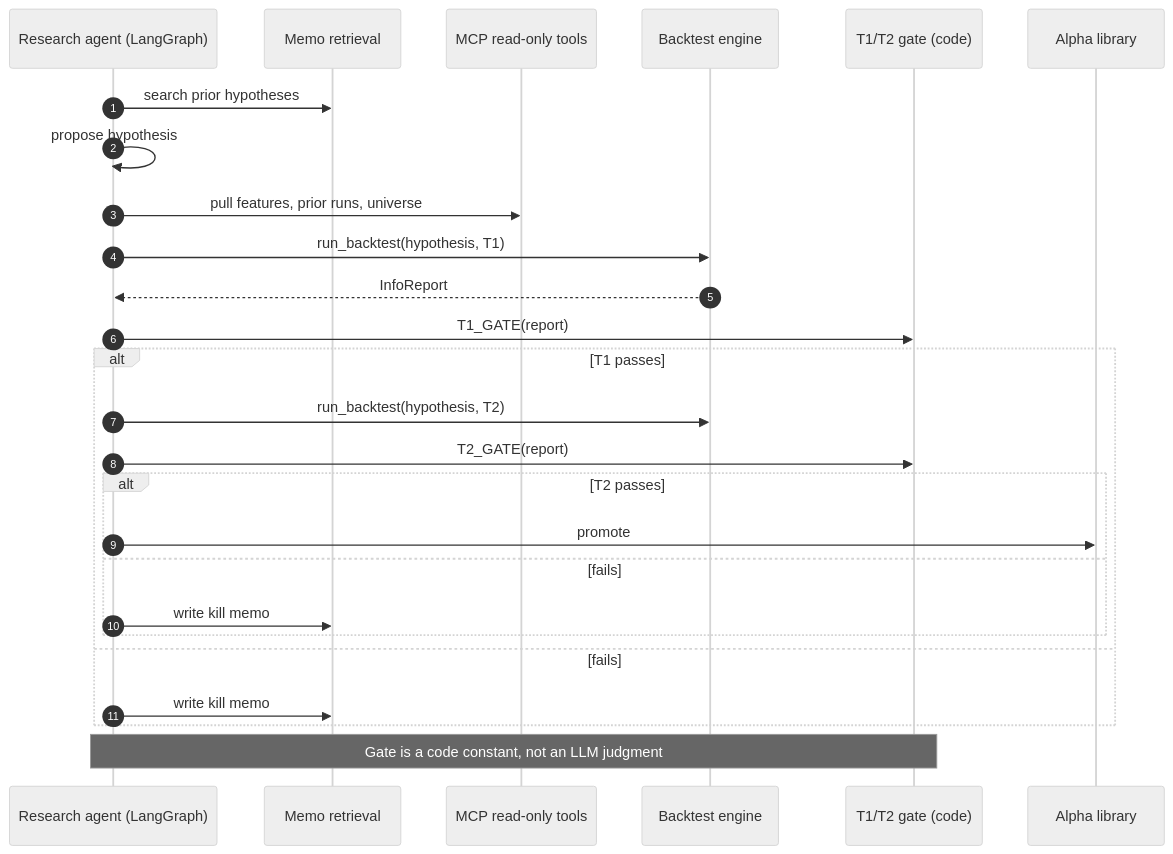
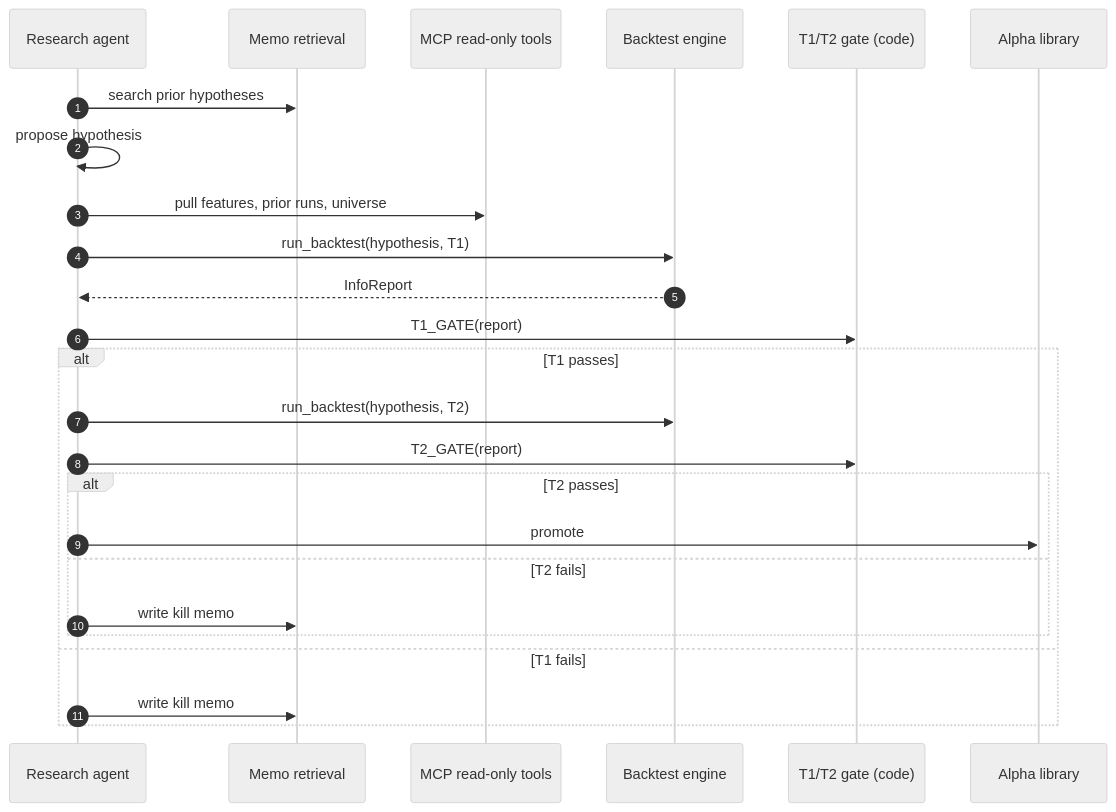
The sixth of 6 diagrams in docs/ARCHITECTURE.md (investlink-ai/auto-research), drawn with Mermaid (neutral theme) before and after one commit. The commit also changed other lines of this file, not shown here.

````diff
--- a/docs/ARCHITECTURE.md
+++ b/docs/ARCHITECTURE.md
@@ -269,29 +273,28 @@
 ```mermaid
 sequenceDiagram
     autonumber
-    participant Agent as Research agent (LangGraph)
+    participant Agent as Research agent
     participant Memos as Memo retrieval
     participant MCP as MCP read-only tools
     participant Engine as Backtest engine
     participant Gate as T1/T2 gate (code)
     participant Library as Alpha library
 
     Agent->>Memos: search prior hypotheses
     Agent->>Agent: propose hypothesis
     Agent->>MCP: pull features, prior runs, universe
     Agent->>Engine: run_backtest(hypothesis, T1)
     Engine-->>Agent: InfoReport
     Agent->>Gate: T1_GATE(report)
     alt T1 passes
         Agent->>Engine: run_backtest(hypothesis, T2)
         Agent->>Gate: T2_GATE(report)
         alt T2 passes
             Agent->>Library: promote
-        else fails
+        else T2 fails
             Agent->>Memos: write kill memo
         end
-    else fails
+    else T1 fails
         Agent->>Memos: write kill memo
     end
-    Note over Agent,Gate: Gate is a code constant, not an LLM judgment
 ```
````
